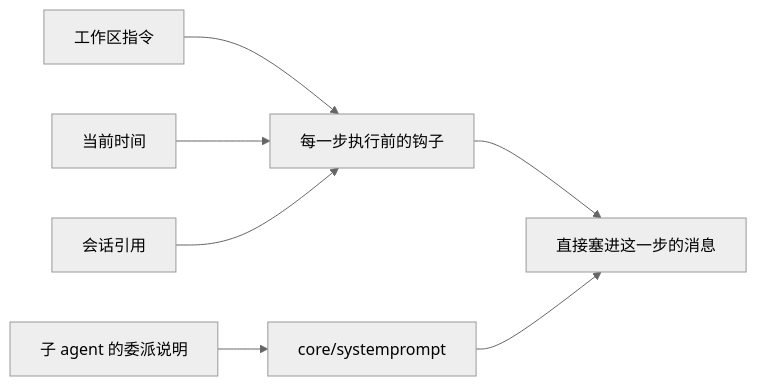
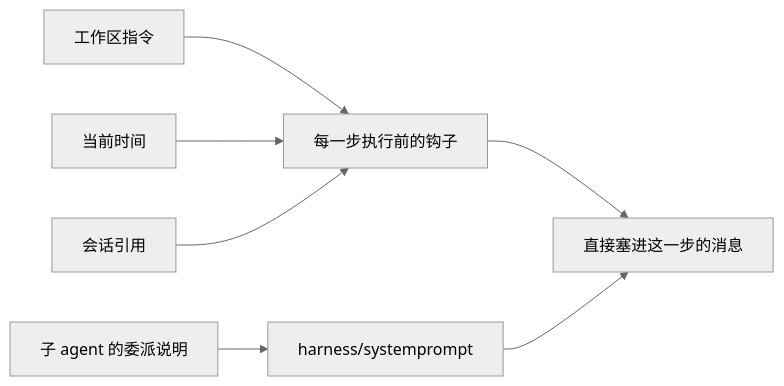
Before and after one commit to snight1983/ds-harness-go: diagram 20 of 20 in docs/modules/systemprompt.md, drawn with Mermaid (neutral theme). The commit also changed other lines of this file and 1281 other files, not shown here.

````diff
--- a/docs/modules/systemprompt.md
+++ b/docs/modules/systemprompt.md
@@ -376,8 +376,8 @@
 ```mermaid
 flowchart LR
     I["工作区指令"] --> H["每一步执行前的钩子"]
     T["当前时间"] --> H
     S["会话引用"] --> H
     H --> M["直接塞进这一步的消息"]
-    D["子 agent 的委派说明"] --> P["core/systemprompt"] --> M
+    D["子 agent 的委派说明"] --> P["harness/systemprompt"] --> M
 ```
````
